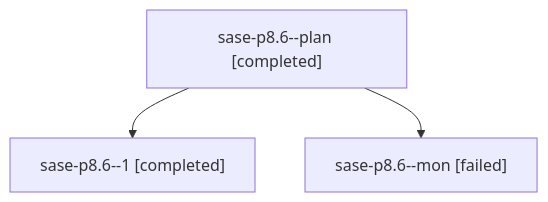
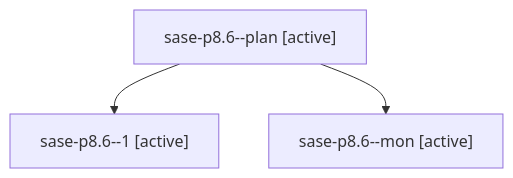
Before and after one commit to sase-org/sase--agents: the diagram in families/bbugyi200.athena.sase-p8.6.md, drawn with Mermaid. The commit also changed other lines of this file and 35830 other files, not shown here.

````diff
--- a/families/bbugyi200.athena.sase-p8.6.md
+++ b/families/bbugyi200.athena.sase-p8.6.md
@@ -9,8 +9,8 @@
 ```mermaid
 flowchart TD
-  n0["sase-p8.6--plan [completed]"]
-  n1["sase-p8.6--1 [completed]"]
+  n0["sase-p8.6--plan [active]"]
+  n1["sase-p8.6--1 [active]"]
   n0 --> n1
-  n2["sase-p8.6--mon [failed]"]
+  n2["sase-p8.6--mon [active]"]
   n0 --> n2
 ```
````
